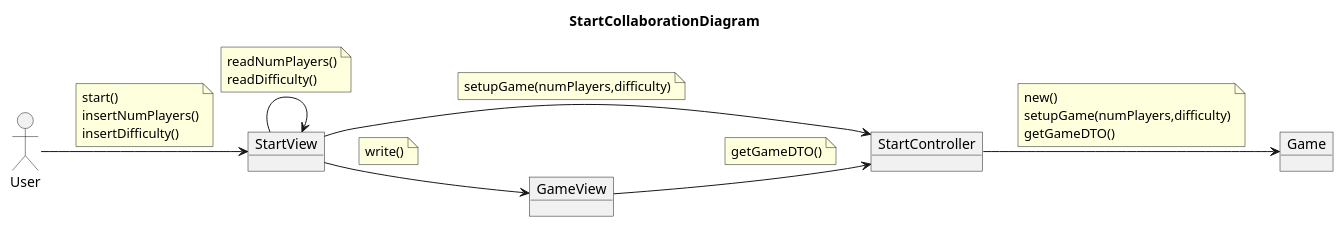
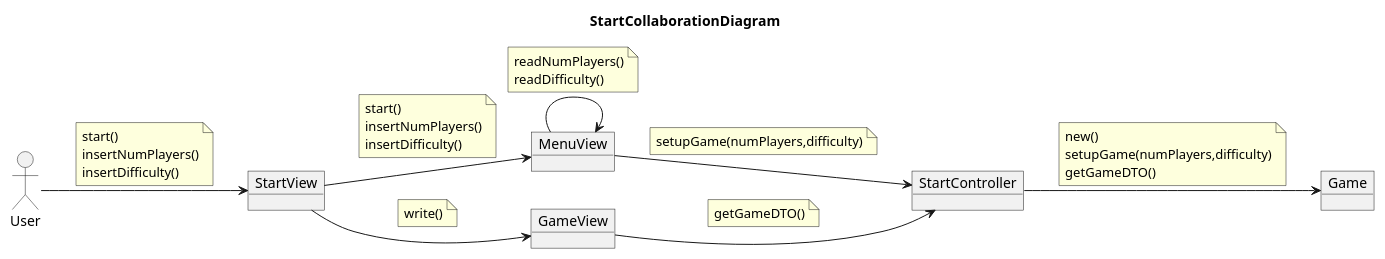
Before and after one commit to Master-Desarrollo-20-21/patrones-diseno---practica-final---juego-de-las-damas-fraylopez: the diagram in docs/src/analysis/use-cases/start-colab.plantuml, drawn with PlantUML. The commit also changed 19 other files, not shown here.

```diff
--- a/docs/src/analysis/use-cases/start-colab.plantuml
+++ b/docs/src/analysis/use-cases/start-colab.plantuml
@@ -2,47 +2,54 @@
 @startuml StartCollaborationDiagram
 title StartCollaborationDiagram
 left to right direction
 
 allow_mixing
 
 actor User
 
 object  StartController
 object Game
 object StartView
+object MenuView
 object GameView
 
 
 User --> StartView
 note on link
     start()
     insertNumPlayers()
     insertDifficulty()
 end note
-StartView --> StartView
+StartView --> MenuView
+note on link
+    start()
+    insertNumPlayers()
+    insertDifficulty()
+end note
+MenuView --> MenuView
 note on link
     readNumPlayers()
     readDifficulty()
 end note
 
 
-StartView --> StartController
+MenuView --> StartController
 note on link
     setupGame(numPlayers,difficulty)
 end note
 StartController --> Game
 note on link
     new()
     setupGame(numPlayers,difficulty)
     getGameDTO()
 end note
 StartView --> GameView
 note on link
     write()
 end note
 GameView --> StartController
 note on link
     getGameDTO()
 end note
 
 @enduml
```
